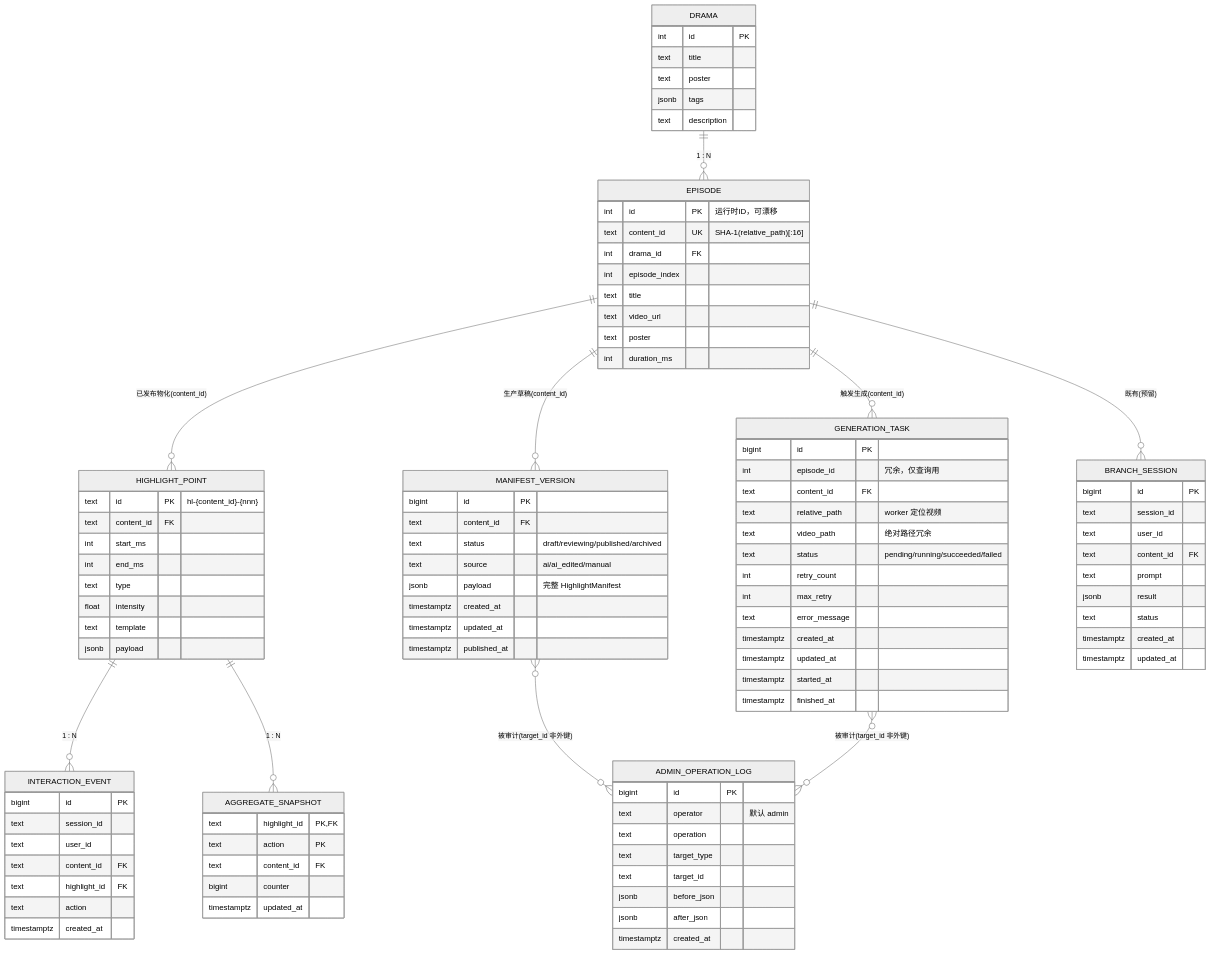
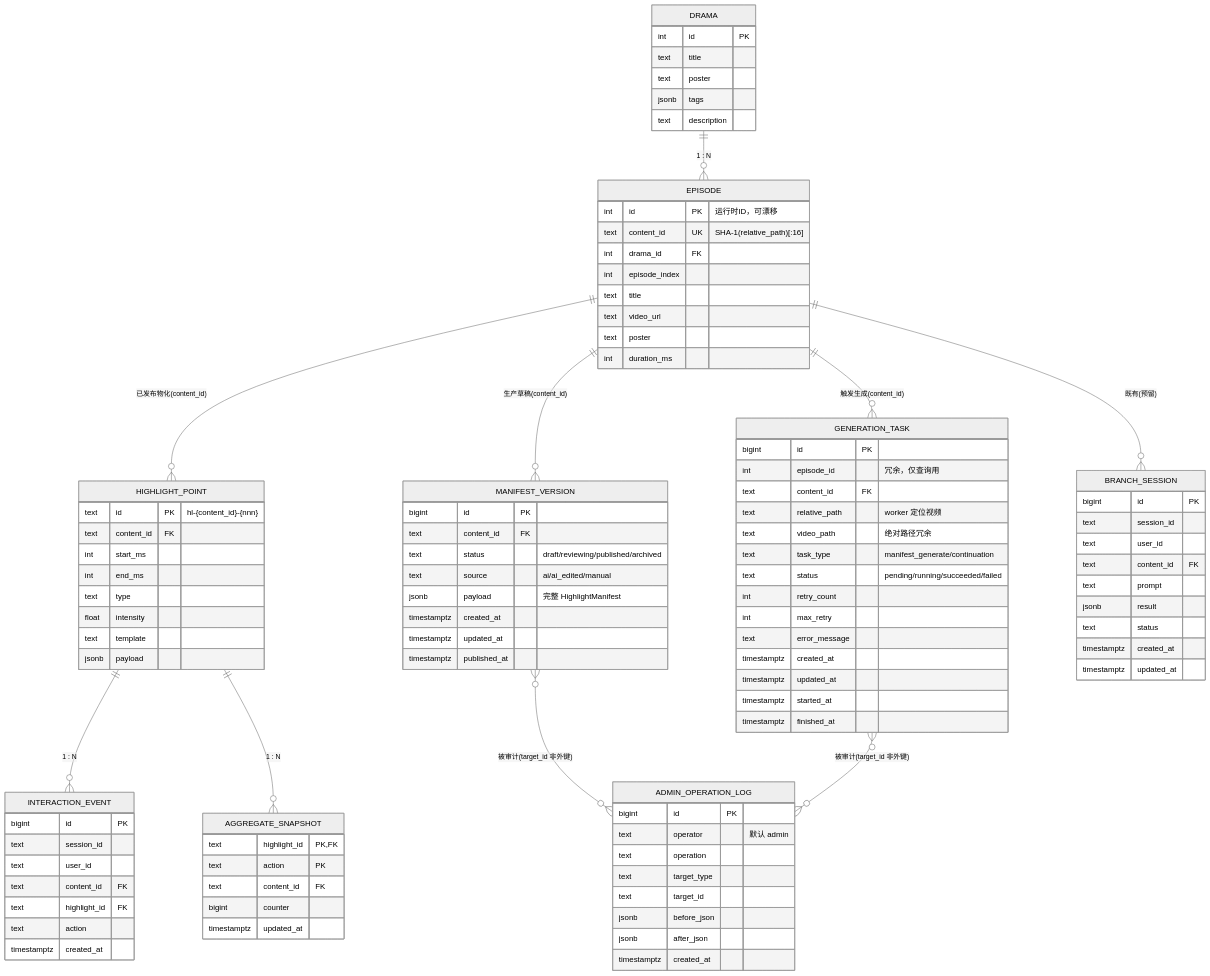
One commit to Hibicuski/drama-highlight-interaction changed the first of 3 diagrams in docs/db-design.md. Above: the diagram before and after it, drawn with Mermaid (neutral theme). The commit also changed other lines of this file and 2 other files, not shown here.

Commit message:
docs: align admin-api/db design docs with implementation; add mermaid state diagrams

```diff
--- a/docs/db-design.md
+++ b/docs/db-design.md
@@ -86,6 +86,7 @@
         text content_id FK
         text relative_path "worker 定位视频"
         text video_path "绝对路径冗余"
+        text task_type "manifest_generate/continuation"
         text status "pending/running/succeeded/failed"
         int retry_count
         int max_retry
```
